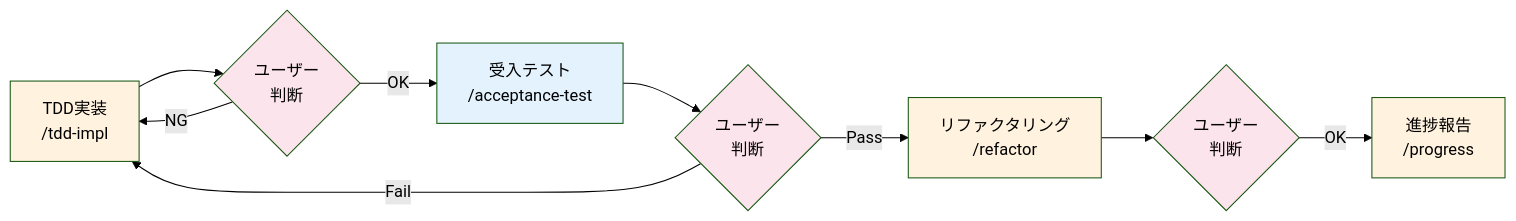
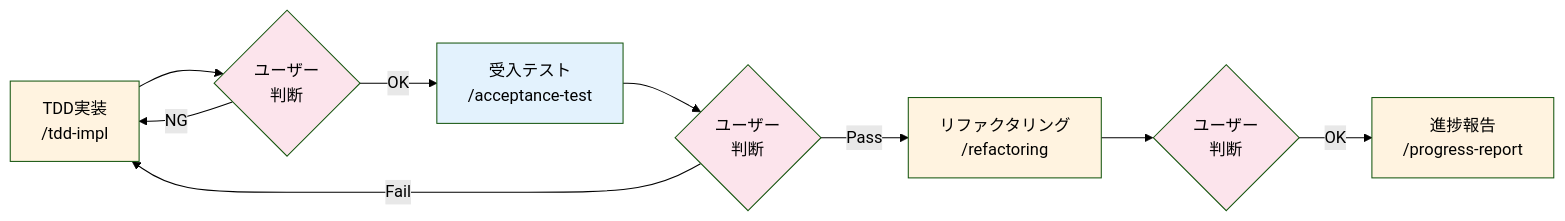
One commit to Kewton/MySwiftAgent changed the second of 5 diagrams in docs/claude/01-development-workflow.md. Above: the diagram before and after it, drawn with Mermaid (forest theme). The commit also changed other lines of this file, not shown here.

````diff
--- a/docs/claude/01-development-workflow.md
+++ b/docs/claude/01-development-workflow.md
@@ -133,19 +133,19 @@
 ```mermaid
 graph LR
     A["TDD実装<br/>/tdd-impl"] --> U1{ユーザー<br/>判断}
     U1 -->|OK| B["受入テスト<br/>/acceptance-test"]
     U1 -->|NG| A
     B --> U2{ユーザー<br/>判断}
-    U2 -->|Pass| C["リファクタリング<br/>/refactor"]
+    U2 -->|Pass| C["リファクタリング<br/>/refactoring"]
     U2 -->|Fail| A
     C --> U3{ユーザー<br/>判断}
-    U3 -->|OK| D["進捗報告<br/>/progress"]
+    U3 -->|OK| D["進捗報告<br/>/progress-report"]
 
     style A fill:#fff3e0
     style B fill:#e3f2fd
     style C fill:#fff3e0
     style D fill:#fff3e0
     style U1 fill:#fce4ec
     style U2 fill:#fce4ec
     style U3 fill:#fce4ec
 ```
````
